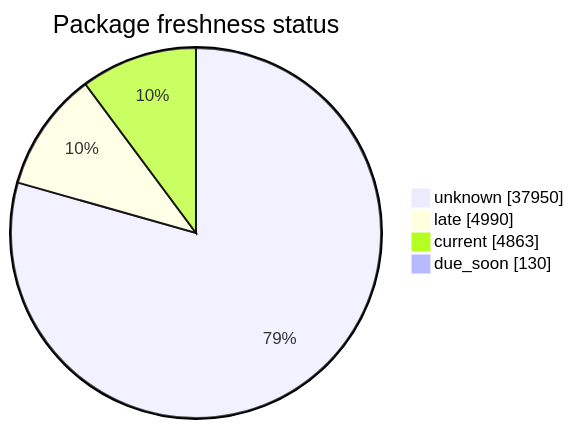
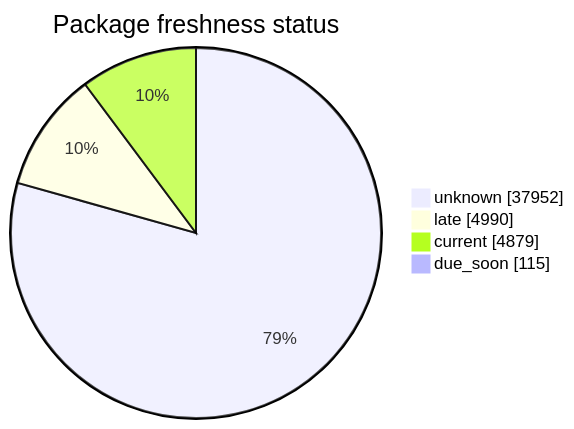
Before and after one commit to open-data/analytics-corporate-reporting: the second of 5 diagrams in FreshCheck/README.md, drawn with Mermaid. The commit also changed other lines of this file and 3 other files, not shown here.

````diff
--- a/FreshCheck/README.md
+++ b/FreshCheck/README.md
@@ -68,7 +68,7 @@
 ```mermaid
 pie showData title Package freshness status
-    "unknown": 37950
+    "unknown": 37952
     "late": 4990
-    "current": 4863
-    "due_soon": 130
+    "current": 4879
+    "due_soon": 115
 ```
````
